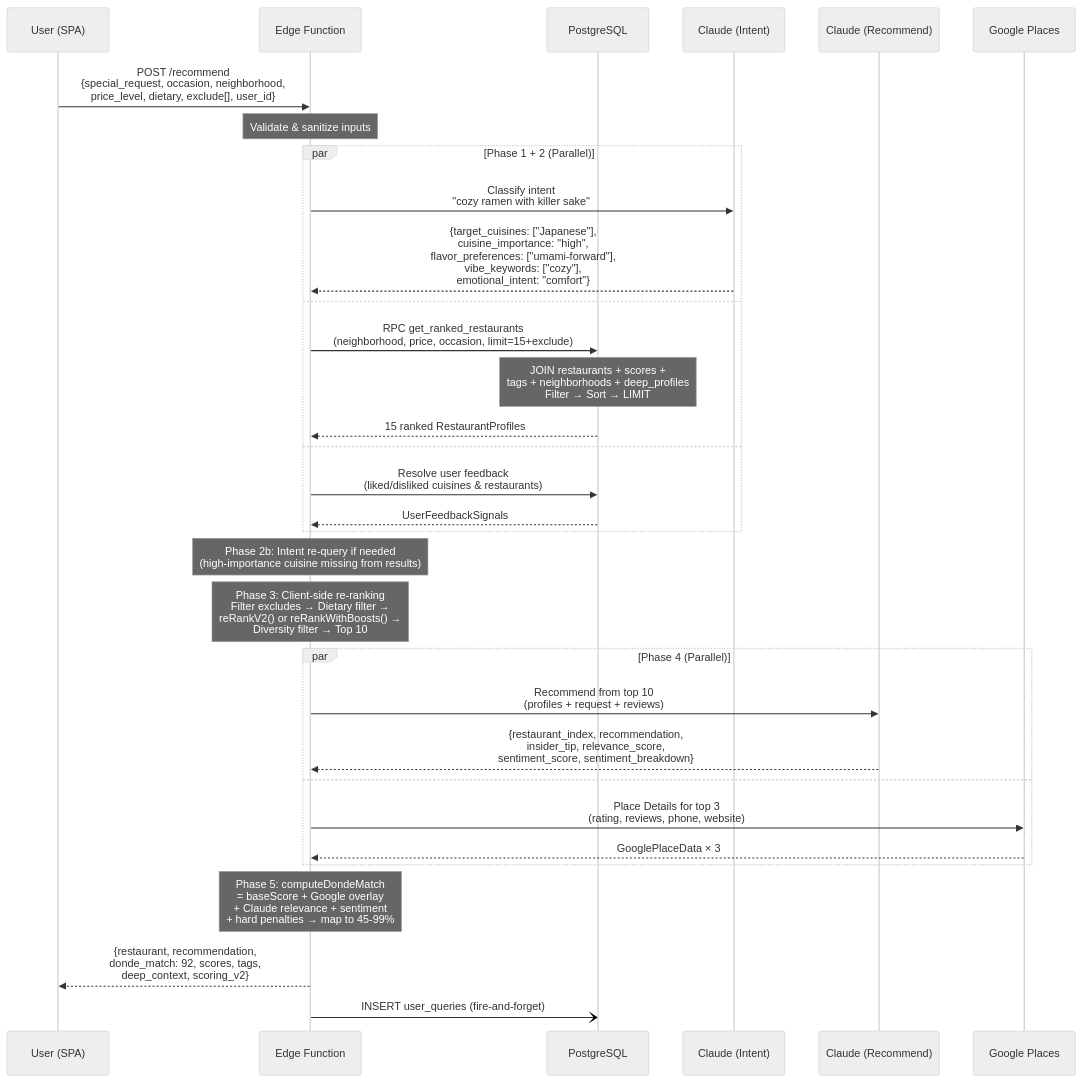
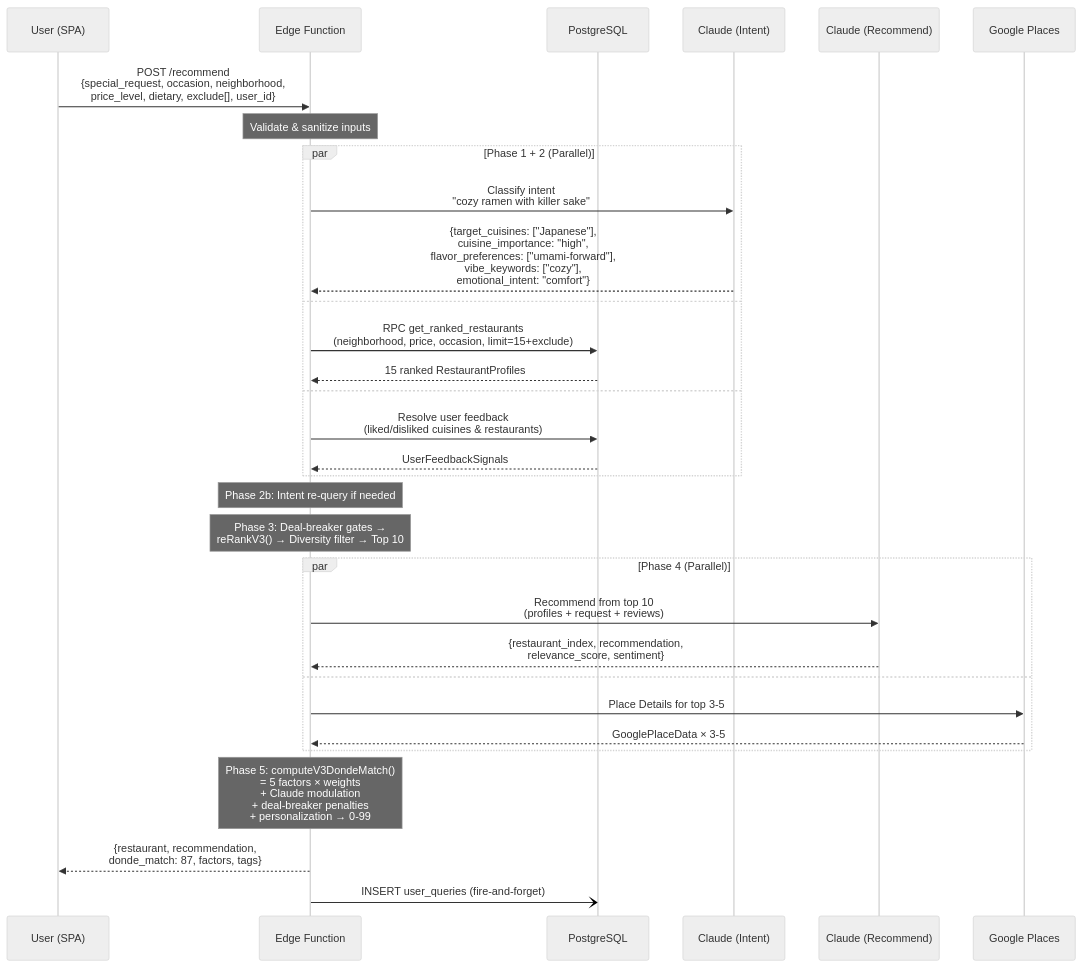
The second of 9 diagrams in docs/donde-match-design.md (aacrit/dondeBackend), drawn with Mermaid (neutral theme) before and after one commit. The commit also changed other lines of this file and 1 other file, not shown here.

First line of the commit message:
docs: V3.0 Donde Match design document + scoring test harness

````diff
--- a/docs/donde-match-design.md
+++ b/docs/donde-match-design.md
@@ -78,43 +103,42 @@
 ```mermaid
 sequenceDiagram
     participant U as User (SPA)
     participant EF as Edge Function
     participant DB as PostgreSQL
     participant CI as Claude (Intent)
     participant CR as Claude (Recommend)
     participant G as Google Places
 
     U->>EF: POST /recommend<br/>{special_request, occasion, neighborhood,<br/>price_level, dietary, exclude[], user_id}
 
     Note over EF: Validate & sanitize inputs
 
     par Phase 1 + 2 (Parallel)
         EF->>CI: Classify intent<br/>"cozy ramen with killer sake"
         CI-->>EF: {target_cuisines: ["Japanese"],<br/>cuisine_importance: "high",<br/>flavor_preferences: ["umami-forward"],<br/>vibe_keywords: ["cozy"],<br/>emotional_intent: "comfort"}
     and
         EF->>DB: RPC get_ranked_restaurants<br/>(neighborhood, price, occasion, limit=15+exclude)
-        Note over DB: JOIN restaurants + scores +<br/>tags + neighborhoods + deep_profiles<br/>Filter → Sort → LIMIT
         DB-->>EF: 15 ranked RestaurantProfiles
     and
         EF->>DB: Resolve user feedback<br/>(liked/disliked cuisines & restaurants)
         DB-->>EF: UserFeedbackSignals
     end
 
-    Note over EF: Phase 2b: Intent re-query if needed<br/>(high-importance cuisine missing from results)
+    Note over EF: Phase 2b: Intent re-query if needed
 
-    Note over EF: Phase 3: Client-side re-ranking<br/>Filter excludes → Dietary filter →<br/>reRankV2() or reRankWithBoosts() →<br/>Diversity filter → Top 10
+    Note over EF: Phase 3: Deal-breaker gates →<br/>reRankV3() → Diversity filter → Top 10
 
     par Phase 4 (Parallel)
         EF->>CR: Recommend from top 10<br/>(profiles + request + reviews)
-        CR-->>EF: {restaurant_index, recommendation,<br/>insider_tip, relevance_score,<br/>sentiment_score, sentiment_breakdown}
+        CR-->>EF: {restaurant_index, recommendation,<br/>relevance_score, sentiment}
     and
-        EF->>G: Place Details for top 3<br/>(rating, reviews, phone, website)
-        G-->>EF: GooglePlaceData × 3
+        EF->>G: Place Details for top 3-5
+        G-->>EF: GooglePlaceData × 3-5
     end
 
-    Note over EF: Phase 5: computeDondeMatch<br/>= baseScore + Google overlay<br/>+ Claude relevance + sentiment<br/>+ hard penalties → map to 45-99%
+    Note over EF: Phase 5: computeV3DondeMatch()<br/>= 5 factors × weights<br/>+ Claude modulation<br/>+ deal-breaker penalties<br/>+ personalization → 0-99
 
-    EF-->>U: {restaurant, recommendation,<br/>donde_match: 92, scores, tags,<br/>deep_context, scoring_v2}
+    EF-->>U: {restaurant, recommendation,<br/>donde_match: 87, factors, tags}
 
     EF-)DB: INSERT user_queries (fire-and-forget)
 ```
````
